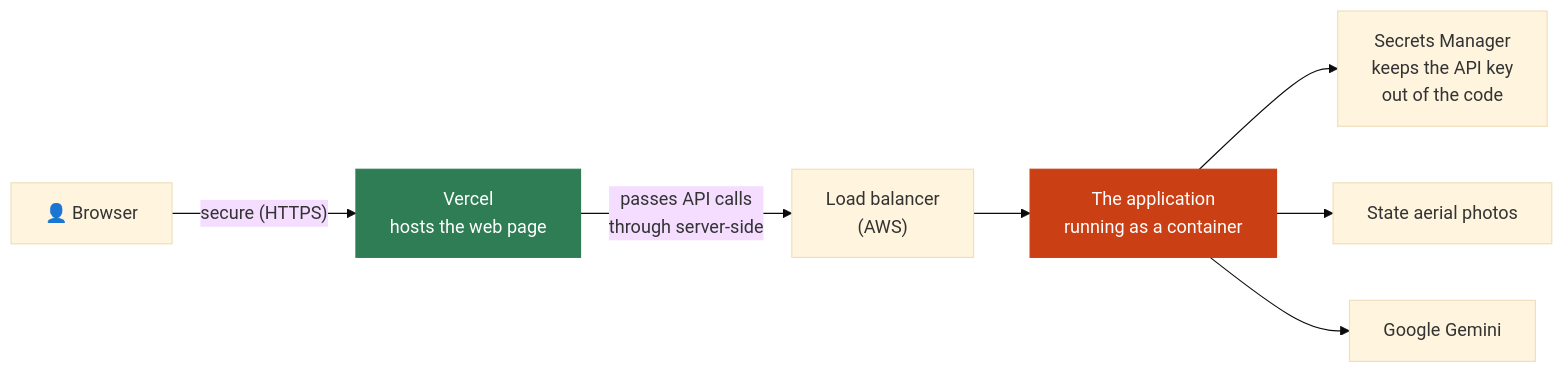
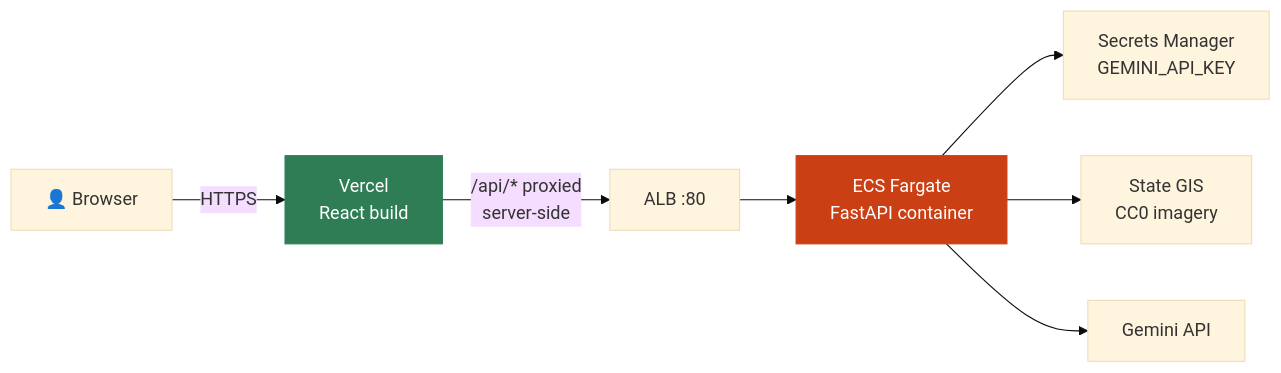
Before and after one commit to Zerubabel-J/curbside: the fifth of 5 diagrams in README.md, drawn with Mermaid (base theme). The commit also changed other lines of this file, not shown here.

First line of the commit message:
docs: define key terms inline; fix(web): mobile layout

````diff
--- a/README.md
+++ b/README.md
@@ -453,12 +337,12 @@
 ```mermaid
 flowchart LR
-    U["👤 Browser"] -->|"secure (HTTPS)"| V["Vercel<br/>hosts the web page"]
-    V -->|"passes API calls<br/>through server-side"| ALB["Load balancer<br/>(AWS)"]
-    ALB --> ECS["The application<br/>running as a container"]
-    ECS --> SM["Secrets Manager<br/>keeps the API key<br/>out of the code"]
-    ECS --> GIS["State aerial photos"]
-    ECS --> GEM["Google Gemini"]
+    U["👤 Browser"] -->|HTTPS| V["Vercel<br/>React build"]
+    V -->|"/api/* proxied<br/>server-side"| ALB["ALB :80"]
+    ALB --> ECS["ECS Fargate<br/>FastAPI container"]
+    ECS --> SM["Secrets Manager<br/>GEMINI_API_KEY"]
+    ECS --> GIS["State GIS<br/>CC0 imagery"]
+    ECS --> GEM["Gemini API"]
 
     style ECS fill:#cb3f14,stroke:#cb3f14,color:#fff
     style V fill:#2f7d55,stroke:#2f7d55,color:#fff
 ```
````
